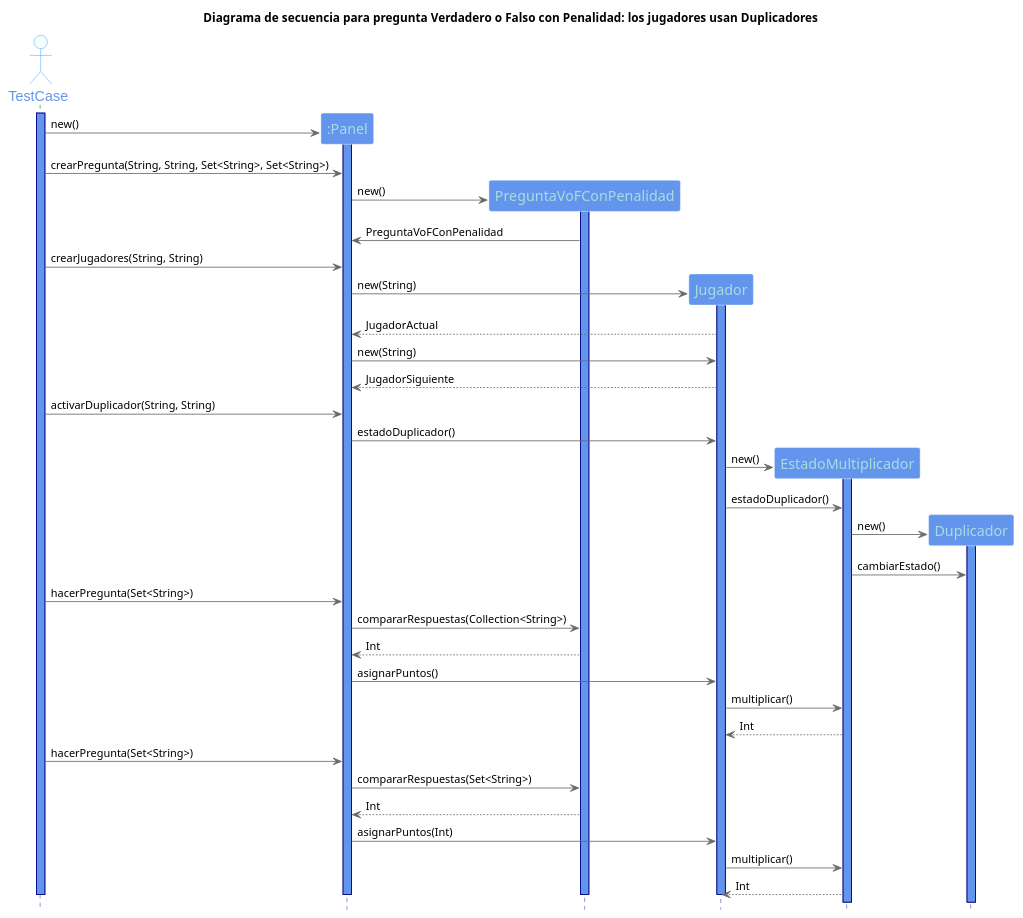
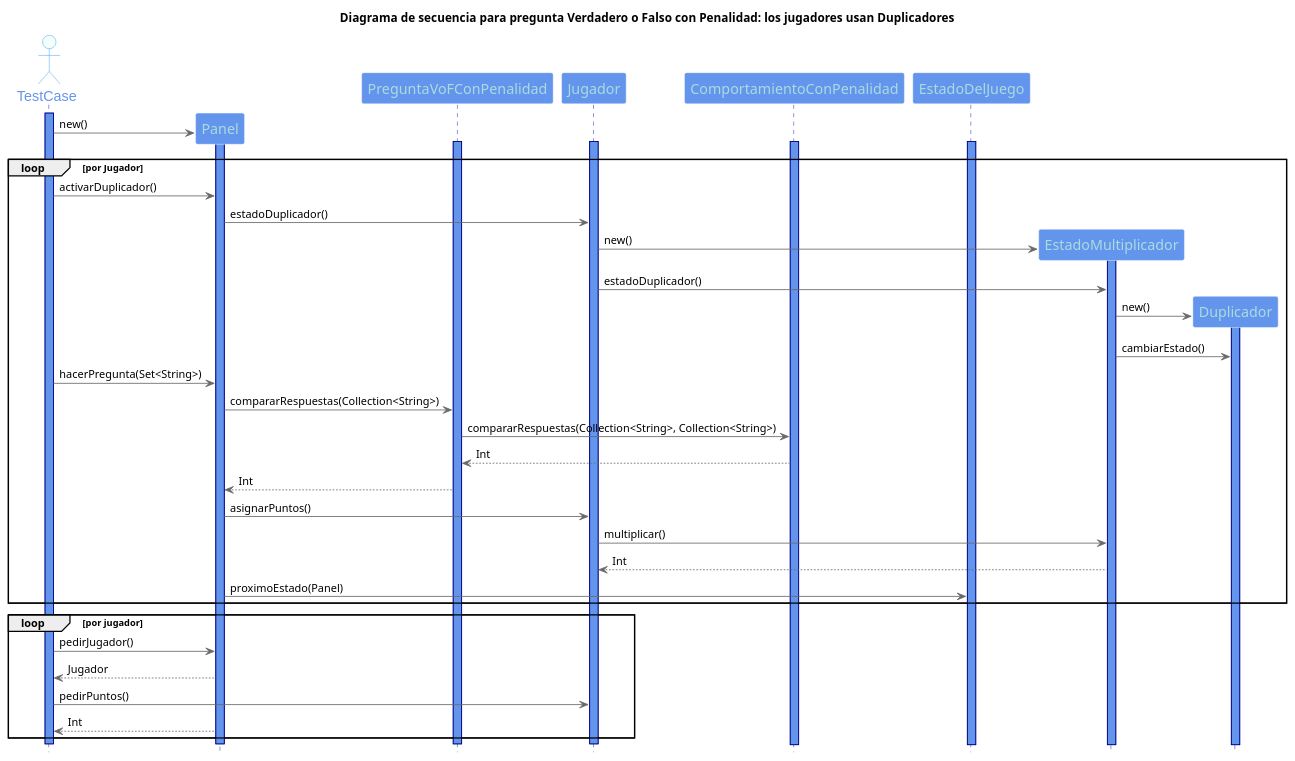
The diagram in UML/Diagramas de secuencia/PreguntaConPenalidadVoFConMultiplicadores.puml (fvazquezf/TP_2_Algo_3), drawn with PlantUML before and after one commit. The commit also changed 6 other files, not shown here.

Commit message:
actualizacion y creacion de diagramas de secuencia

```diff
--- a/UML/Diagramas de secuencia/PreguntaConPenalidadVoFConMultiplicadores.puml
+++ b/UML/Diagramas de secuencia/PreguntaConPenalidadVoFConMultiplicadores.puml
@@ -1,79 +1,76 @@
 @startuml
 
 title Diagrama de secuencia para pregunta Verdadero o Falso con Penalidad: los jugadores usan Duplicadores
 
 hide footbox
 skinparam backgroundColor white
 
 skinparam sequence {
 ArrowColor DimGray
 ActorBorderColor DodgerBlue
 LifeLineBorderColor Navy
 LifeLineBackgroundColor CornflowerBlue
 ParticipantBorderColor LighSlateGray
 ParticipantBackgroundColor CornflowerBlue
 ParticipantFontName Impact
 ParticipantFontSize 17
 ParticipantFontColor #A9DCDF
 ActorBackgroundColor mintCream
 ActorFontColor CornflowerBlue
 ActorFontSize 17
 ActorFontName Aapex
 }
 
 actor TestCase
 activate TestCase
 
-participant ":Panel" as Panel
 create Panel
 TestCase -> Panel : new()
 activate Panel
 
+Participant PreguntaVoFConPenalidad
+activate PreguntaVoFConPenalidad
+Participant Jugador
+activate Jugador
+Participant ComportamientoConPenalidad
+activate ComportamientoConPenalidad
+Participant EstadoDelJuego
+activate EstadoDelJuego
 
-TestCase -> Panel : crearPregunta(String, String, Set<String>, Set<String>)
-
-create PreguntaVoFConPenalidad
-Panel -> PreguntaVoFConPenalidad: new()
-activate PreguntaVoFConPenalidad
-PreguntaVoFConPenalidad -> Panel: PreguntaVoFConPenalidad
-
-TestCase -> Panel: crearJugadores(String, String)
-create Jugador
-Panel -> Jugador: new(String)
-activate Jugador
-Jugador --> Panel: JugadorActual
-Panel -> Jugador: new(String)
-Jugador --> Panel: JugadorSiguiente
-
-TestCase -> Panel: activarDuplicador(String, String)
+loop por Jugador
+TestCase -> Panel: activarDuplicador()
 Panel -> Jugador: estadoDuplicador()
 create EstadoMultiplicador
 Jugador -> EstadoMultiplicador: new()
 activate EstadoMultiplicador
 Jugador -> EstadoMultiplicador: estadoDuplicador()
 create Duplicador
 EstadoMultiplicador -> Duplicador: new()
 activate Duplicador
 EstadoMultiplicador -> Duplicador: cambiarEstado()
 
+
 TestCase -> Panel: hacerPregunta(Set<String>)
 Panel -> PreguntaVoFConPenalidad: compararRespuestas(Collection<String>)
+PreguntaVoFConPenalidad -> ComportamientoConPenalidad: compararRespuestas(Collection<String>, Collection<String>)
+ComportamientoConPenalidad --> PreguntaVoFConPenalidad: Int
 PreguntaVoFConPenalidad --> Panel: Int
 Panel -> Jugador: asignarPuntos()
 Jugador -> EstadoMultiplicador: multiplicar()
 EstadoMultiplicador --> Jugador: Int
+Panel -> EstadoDelJuego: proximoEstado(Panel)
+end loop
 
-TestCase -> Panel: hacerPregunta(Set<String>)
-Panel -> PreguntaVoFConPenalidad: compararRespuestas(Set<String>)
-PreguntaVoFConPenalidad --> Panel: Int
-Panel -> Jugador: asignarPuntos(Int)
-Jugador -> EstadoMultiplicador: multiplicar()
-EstadoMultiplicador --> Jugador: Int
-
+loop por jugador
+TestCase -> Panel: pedirJugador()
+Panel --> TestCase: Jugador
+TestCase -> Jugador: pedirPuntos()
+Panel --> TestCase: Int
+end loop
 
 deactivate PreguntaVoFConPenalidad
 deactivate Jugador
 deactivate Panel
 deactivate TestCase
 
 @enduml
```
